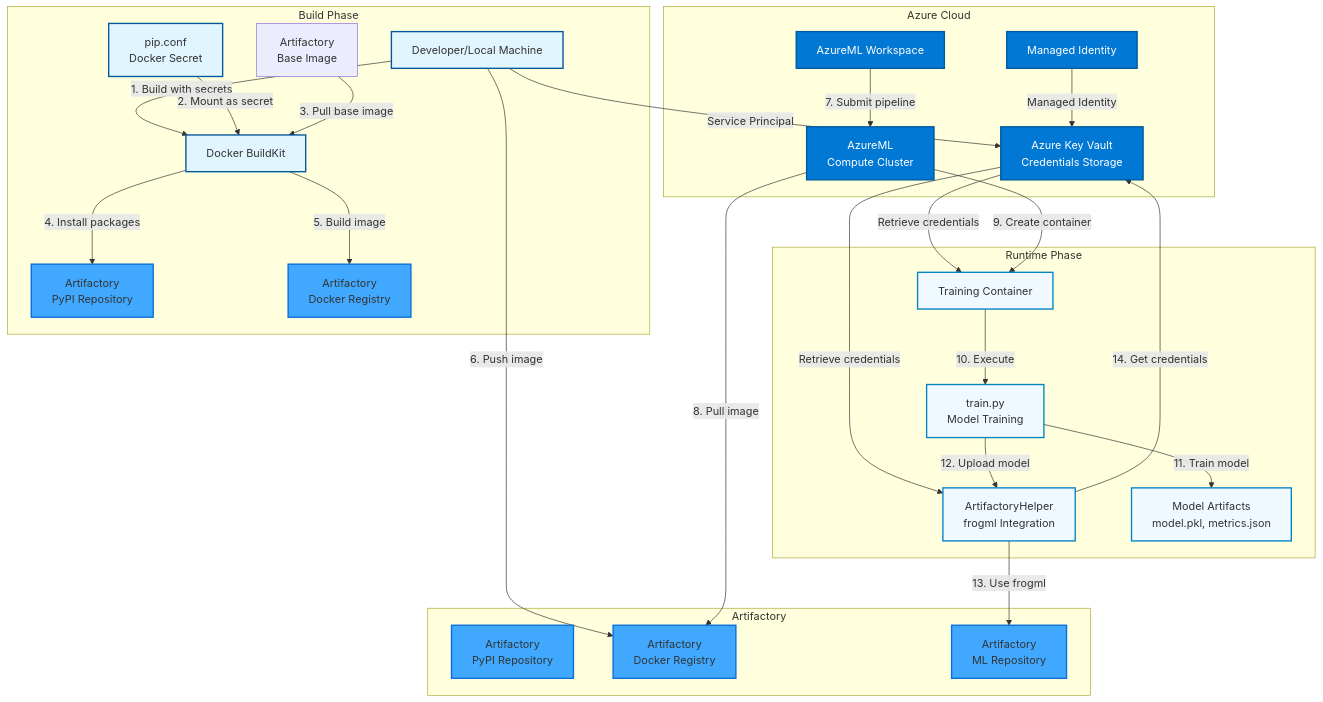
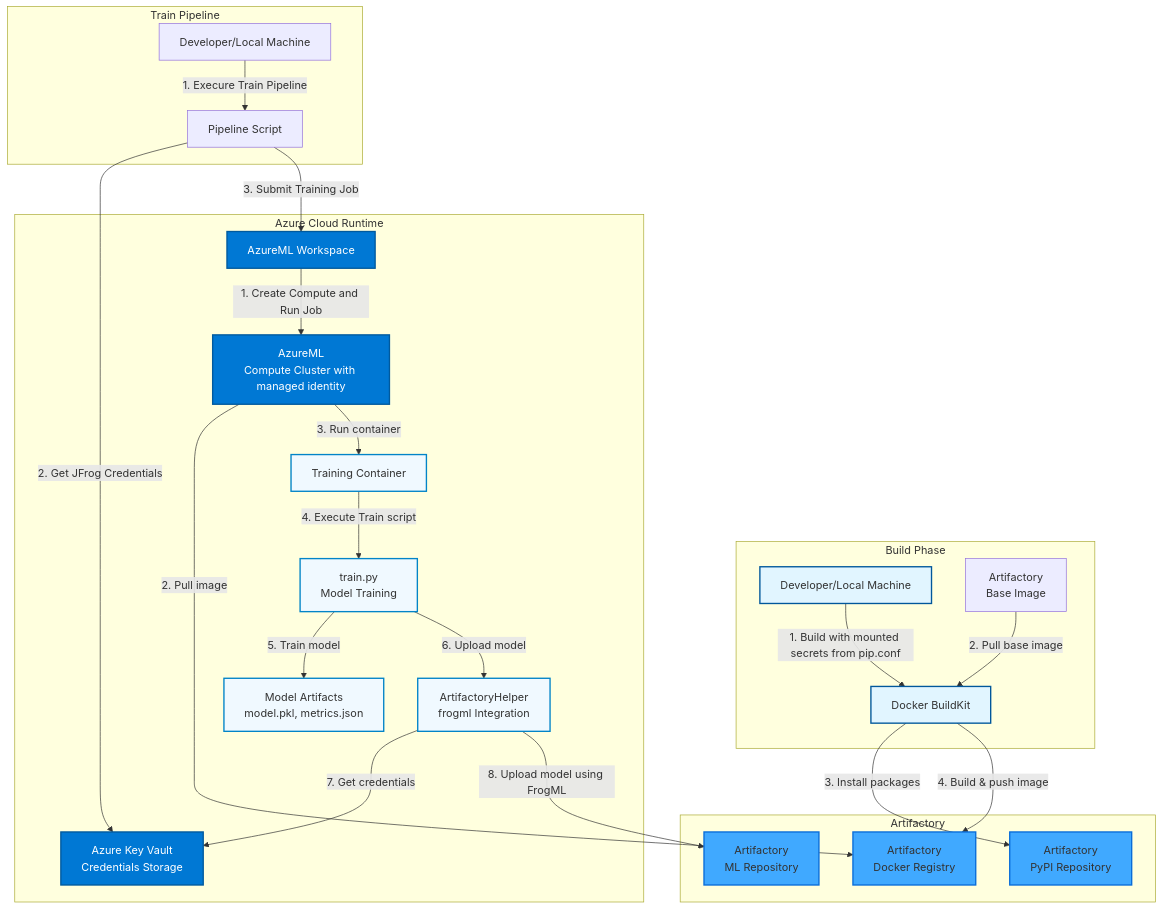
Before and after one commit to jfrog/JFrog-AzureML-integration: the first of 4 diagrams in README.md, drawn with Mermaid. The commit also changed other lines of this file and 15 other files, not shown here.

````diff
--- a/README.md
+++ b/README.md
@@ -9,66 +15,62 @@
 ```mermaid
 graph TB
     subgraph "Build Phase"
         Dev[Developer/Local Machine]
         Docker[Docker BuildKit]
-        PipConf[pip.conf<br/>Docker Secret]
-        ArtifactoryPyPI[Artifactory<br/>PyPI Repository]
-        ArtifactoryDocker[Artifactory<br/>Docker Registry]
         BaseImage[Artifactory<br/>Base Image]
     end
 
-    subgraph "Azure Cloud"
+    subgraph "Train Pipeline"
+        TrainDev[Developer/Local Machine]
+        PipelineScript[Pipeline Script]        
+    end
+
+    subgraph "Azure Cloud Runtime"
         KV[Azure Key Vault<br/>Credentials Storage]
         AML[AzureML Workspace]
-        Compute[AzureML<br/>Compute Cluster]
-        MI[Managed Identity]
+        Compute[AzureML<br/>Compute Cluster with managed identity]
+        Container[Training Container]
+        TrainScript[train.py<br/>Model Training]
+        ArtifactoryHelper[ArtifactoryHelper<br/>frogml Integration]
+        Model[Model Artifacts<br/>model.pkl, metrics.json]
     end
 
     subgraph "Artifactory"
         ArtifactoryPyPI2[Artifactory<br/>PyPI Repository]
         ArtifactoryDocker2[Artifactory<br/>Docker Registry]
         ArtifactoryML[Artifactory<br/>ML Repository]
     end
 
-    subgraph "Runtime Phase"
-        Container[Training Container]
-        TrainScript[train.py<br/>Model Training]
-        ArtifactoryHelper[ArtifactoryHelper<br/>frogml Integration]
-        Model[Model Artifacts<br/>model.pkl, metrics.json]
-    end
+    %% Build Phase Flow
+    Dev -->|1. Build with mounted secrets from pip.conf| Docker
+    BaseImage -->|2. Pull base image| Docker
+    Docker -->|3. Install packages| ArtifactoryPyPI2
+    Docker -->|4. Build & push image| ArtifactoryDocker2
 
-    %% Build Phase Flow
-    Dev -->|1. Build with secrets| Docker
-    PipConf -->|2. Mount as secret| Docker
-    BaseImage -->|3. Pull base image| Docker
-    Docker -->|4. Install packages| ArtifactoryPyPI
-    Docker -->|5. Build image| ArtifactoryDocker
-    Dev -->|6. Push image| ArtifactoryDocker2
-
-    %% Authentication Flow
-    Dev -->|Service Principal| KV
-    MI -->|Managed Identity| KV
-    KV -->|Retrieve credentials| ArtifactoryHelper
-    KV -->|Retrieve credentials| Container
+    %% Train Phase Flow
+    TrainDev -->|1. Execure Train Pipeline| PipelineScript
+    PipelineScript -->|2. Get JFrog Credentials| KV
+    PipelineScript -->|3. Submit Training Job| AML
 
     %% Runtime Phase Flow
-    AML -->|7. Submit pipeline| Compute
-    Compute -->|8. Pull image| ArtifactoryDocker2
-    Compute -->|9. Create container| Container
-    Container -->|10. Execute| TrainScript
-    TrainScript -->|11. Train model| Model
-    TrainScript -->|12. Upload model| ArtifactoryHelper
-    ArtifactoryHelper -->|13. Use frogml| ArtifactoryML
-    ArtifactoryHelper -->|14. Get credentials| KV
+    AML -->|1. Create Compute and Run Job| Compute    
+    Compute -->|2. Pull image| ArtifactoryDocker2
+    Compute -->|3. Run container| Container
+    Container -->|4. Execute Train script| TrainScript
+    TrainScript -->|5. Train model| Model
+    TrainScript -->|6. Upload model| ArtifactoryHelper
+    ArtifactoryHelper -->|7. Get credentials| KV
+    ArtifactoryHelper -->|8. Upload model using FrogML| ArtifactoryML    
+    
 
     %% Styling
     classDef buildPhase fill:#e1f5ff,stroke:#01579b,stroke-width:2px
     classDef azure fill:#0078d4,stroke:#005a9e,stroke-width:2px,color:#fff
     classDef artifactory fill:#40a9ff,stroke:#096dd9,stroke-width:2px
     classDef runtime fill:#f0f9ff,stroke:#0284c7,stroke-width:2px
 
     class Dev,Docker,PipConf buildPhase
     class KV,AML,Compute,MI azure
     class ArtifactoryPyPI,ArtifactoryDocker,ArtifactoryPyPI2,ArtifactoryDocker2,ArtifactoryML artifactory
     class Container,TrainScript,ArtifactoryHelper,Model runtime
 ```
````
